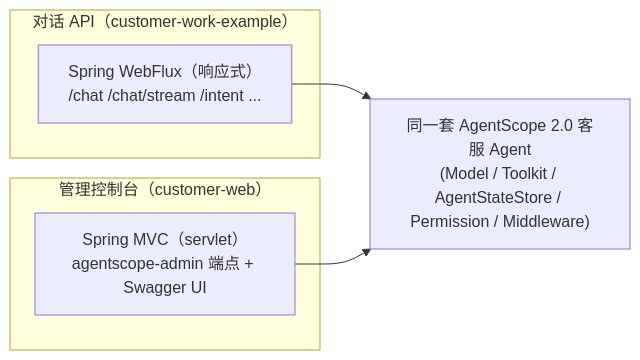
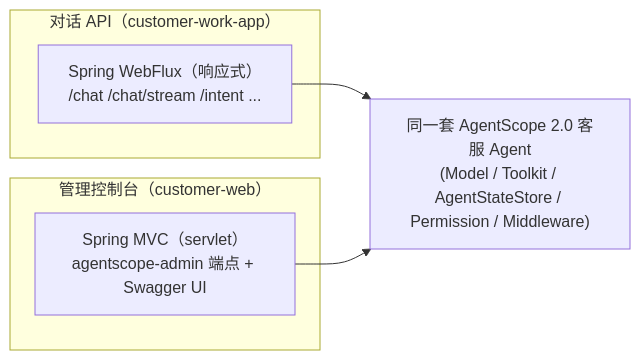
The diagram in docs/customer-web操作文档.md (liulangjietou/customer_work), drawn with Mermaid before and after one commit. The commit also changed other lines of this file and 2 other files, not shown here.

Commit message:
docs(customer-web): 修正对话 API 名称及端口描述
- 将对话 API 名称由 customer-work-example 修改为 customer-work-app
- 更新管理控制台端口说明，区分与 customer-work-app 对话 API 端口
- 统一文档中示例工程名称为 customer-work-app，以保持一致性

docs(production): 更新生产就绪评估中的测试组件名称

- 将测试统计中的 example 改为 app，准确反映当前组件结构
- 确保评估文档中的组件命名与实际代码库保持一致

docs(detailed): 同步详细技术文档中的示例工程名称及路径

- 将 customer-work-example 改为 customer-work-app，统一示例包名
- 更新应用配置文件路径指向 app 子模块，确保文档准确
- 确认 starter 与 app 包结构分离，避免重复装配描述错误

````diff
--- a/docs/customer-web操作文档.md
+++ b/docs/customer-web操作文档.md
@@ -35,12 +35,12 @@
 ```mermaid
 flowchart LR
-    subgraph CHAT["对话 API（customer-work-example）"]
+    subgraph CHAT["对话 API（customer-work-app）"]
         WF["Spring WebFlux（响应式）<br/>/chat /chat/stream /intent ..."]
     end
     subgraph CONSOLE["管理控制台（customer-web）"]
         MVC["Spring MVC（servlet）<br/>agentscope-admin 端点 + Swagger UI"]
     end
     AGENT["同一套 AgentScope 2.0 客服 Agent<br/>(Model / Toolkit / AgentStateStore / Permission / Middleware)"]
     WF --> AGENT
     MVC --> AGENT
 ```
````
